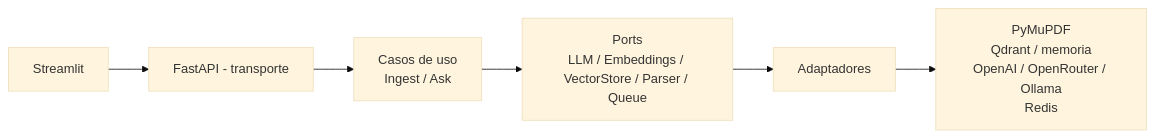
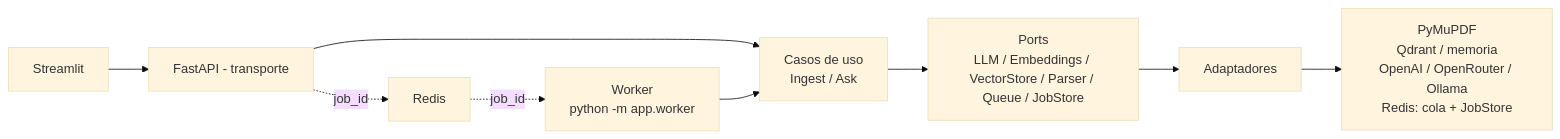
Before and after one commit to xorbit360/rag-multimodal: the diagram in README.md, drawn with Mermaid (base theme). The commit also changed other lines of this file and 8 other files, not shown here.

Commit message:
feat: JobStore persistente en Redis y worker real para 100 manuales

````diff
--- a/README.md
+++ b/README.md
@@ -98,8 +122,11 @@
 ```mermaid
 flowchart LR
     UI[Streamlit] --> API[FastAPI - transporte]
     API --> UC[Casos de uso<br/>Ingest / Ask]
-    UC --> Ports[Ports<br/>LLM / Embeddings / VectorStore / Parser / Queue]
+    UC --> Ports[Ports<br/>LLM / Embeddings / VectorStore / Parser / Queue / JobStore]
     Ports --> Adapters[Adaptadores]
-    Adapters --> Ext[PyMuPDF<br/>Qdrant / memoria<br/>OpenAI / OpenRouter / Ollama<br/>Redis]
+    Adapters --> Ext[PyMuPDF<br/>Qdrant / memoria<br/>OpenAI / OpenRouter / Ollama<br/>Redis: cola + JobStore]
+    API -. job_id .-> Redis[Redis]
+    Redis -. job_id .-> Worker[Worker<br/>python -m app.worker]
+    Worker --> UC
 ```
````
